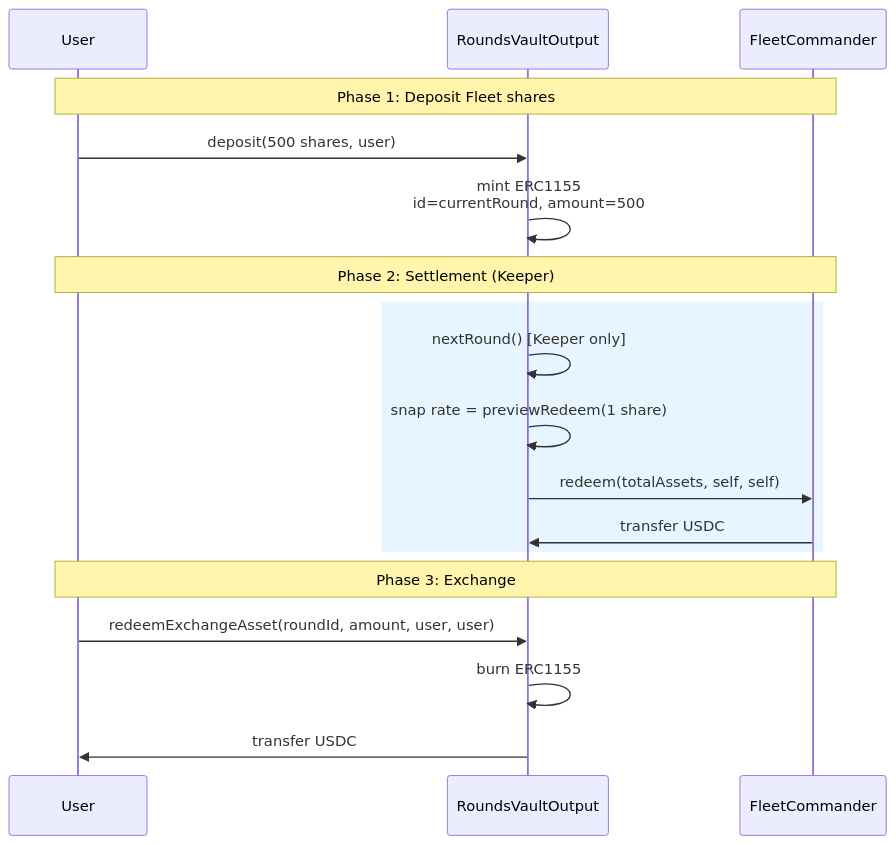
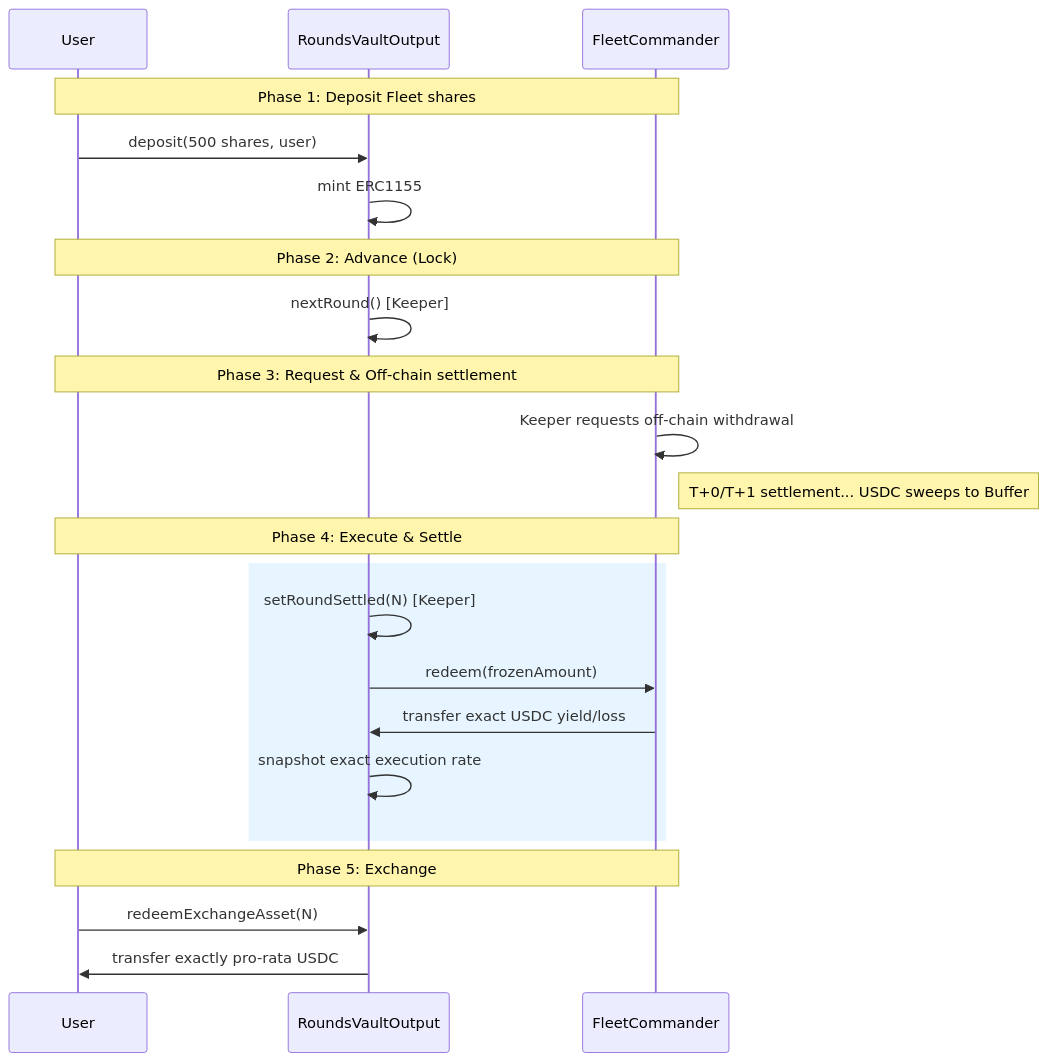
One commit to OasisDEX/summer-earn-protocol changed the sixth of 8 diagrams in packages/core-contracts/src/contracts/rounds-vault/docs/rounds_vault_technical_reference.md. Above: the diagram before and after it, drawn with Mermaid. The commit also changed other lines of this file and 10 other files, not shown here.

Commit message:
refactor: decouple round advancement from settlement to enable two-phase execution and precise exchange rate calculation per round

````diff
--- a/packages/core-contracts/src/contracts/rounds-vault/docs/rounds_vault_technical_reference.md
+++ b/packages/core-contracts/src/contracts/rounds-vault/docs/rounds_vault_technical_reference.md
@@ -239,23 +239,29 @@
 ```mermaid
 sequenceDiagram
     participant User
     participant OutputVault as RoundsVaultOutput
     participant Fleet as FleetCommander
 
     Note over User,Fleet: Phase 1: Deposit Fleet shares
     User->>OutputVault: deposit(500 shares, user)
-    OutputVault->>OutputVault: mint ERC1155<br/>id=currentRound, amount=500
+    OutputVault->>OutputVault: mint ERC1155
 
-    Note over User,Fleet: Phase 2: Settlement (Keeper)
+    Note over User,Fleet: Phase 2: Advance (Lock)
+    OutputVault->>OutputVault: nextRound() [Keeper]
+
+    Note over User,Fleet: Phase 3: Request & Off-chain settlement
+    Fleet->>Fleet: Keeper requests off-chain withdrawal
+    Note right of Fleet: T+0/T+1 settlement... USDC sweeps to Buffer
+
+    Note over User,Fleet: Phase 4: Execute & Settle
     rect rgb(230, 245, 255)
-        OutputVault->>OutputVault: nextRound() [Keeper only]
-        OutputVault->>OutputVault: snap rate = previewRedeem(1 share)
-        OutputVault->>Fleet: redeem(totalAssets, self, self)
-        Fleet->>OutputVault: transfer USDC
+        OutputVault->>OutputVault: setRoundSettled(N) [Keeper]
+        OutputVault->>Fleet: redeem(frozenAmount)
+        Fleet->>OutputVault: transfer exact USDC yield/loss
+        OutputVault->>OutputVault: snapshot exact execution rate
     end
 
-    Note over User,Fleet: Phase 3: Exchange
-    User->>OutputVault: redeemExchangeAsset(roundId, amount, user, user)
-    OutputVault->>OutputVault: burn ERC1155
-    OutputVault->>User: transfer USDC
+    Note over User,Fleet: Phase 5: Exchange
+    User->>OutputVault: redeemExchangeAsset(N)
+    OutputVault->>User: transfer exactly pro-rata USDC
 ```
````
